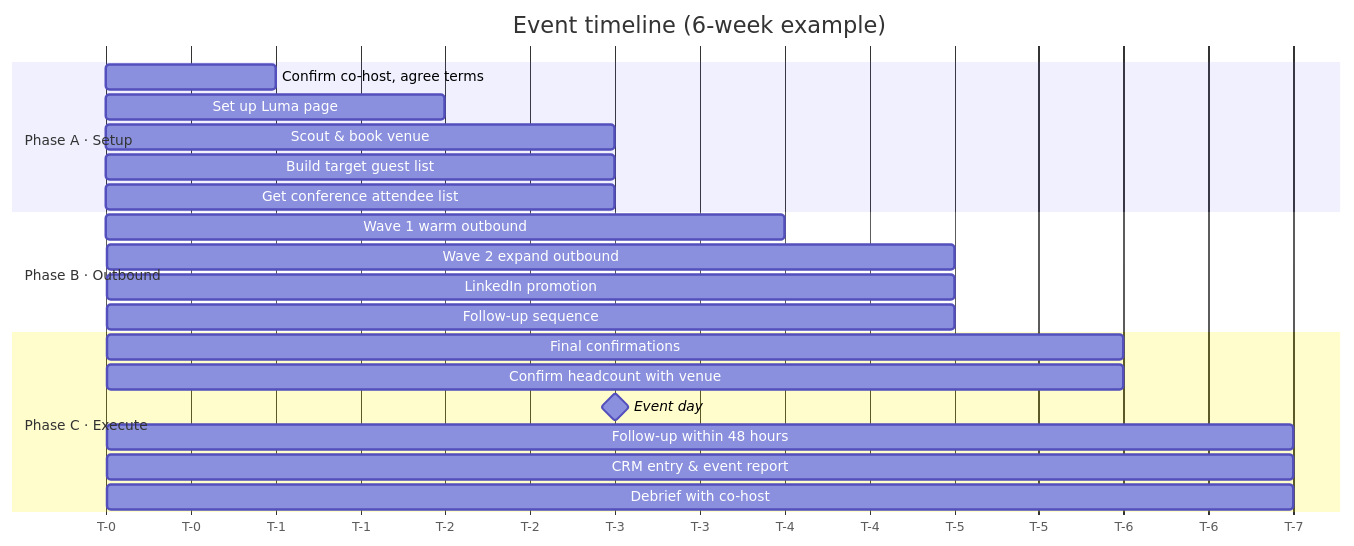
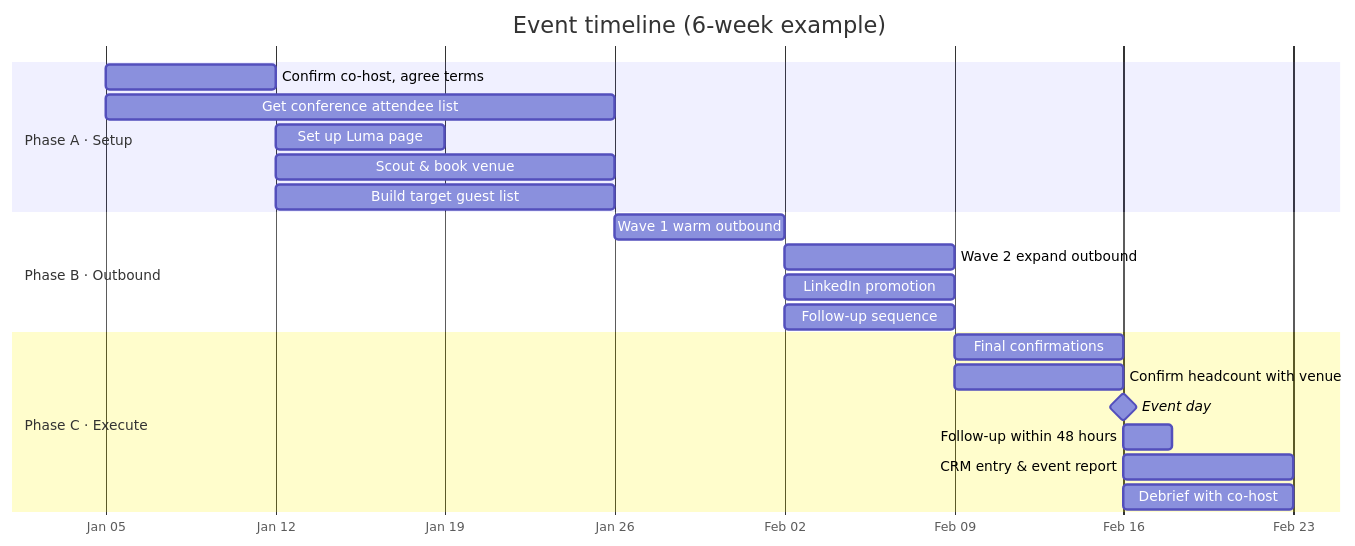
Before and after one commit to arnons1/great-event-planning-skill: the second of 3 diagrams in README.md, drawn with Mermaid.

Commit message:
improve gantt

````diff
--- a/README.md
+++ b/README.md
@@ -85,27 +85,29 @@
 ```mermaid
 gantt
     title Event timeline (6-week example)
-    dateFormat  X
-    axisFormat  T-%s
+    dateFormat  YYYY-MM-DD
+    axisFormat  %b %d
+    tickInterval 1week
+    weekday monday
 
     section Phase A · Setup
-    Confirm co-host, agree terms           :a1, 0, 1
-    Set up Luma page                       :a2, 1, 2
-    Scout & book venue                     :a3, 1, 3
-    Build target guest list                :a4, 1, 3
-    Get conference attendee list           :a5, 0, 3
+    Confirm co-host, agree terms           :a1, 2026-01-05, 1w
+    Get conference attendee list           :a5, 2026-01-05, 3w
+    Set up Luma page                       :a2, 2026-01-12, 1w
+    Scout & book venue                     :a3, 2026-01-12, 2w
+    Build target guest list                :a4, 2026-01-12, 2w
 
     section Phase B · Outbound
-    Wave 1 warm outbound                   :b1, 3, 4
-    Wave 2 expand outbound                 :b2, 4, 5
-    LinkedIn promotion                     :b3, 4, 5
-    Follow-up sequence                     :b4, 4, 5
+    Wave 1 warm outbound                   :b1, 2026-01-26, 1w
+    Wave 2 expand outbound                 :b2, 2026-02-02, 1w
+    LinkedIn promotion                     :b3, 2026-02-02, 1w
+    Follow-up sequence                     :b4, 2026-02-02, 1w
 
     section Phase C · Execute
-    Final confirmations                    :c1, 5, 6
-    Confirm headcount with venue           :c2, 5, 6
-    Event day                              :milestone, c3, 6, 6
-    Follow-up within 48 hours              :c4, 6, 7
-    CRM entry & event report              :c5, 6, 7
-    Debrief with co-host                   :c6, 6, 7
+    Final confirmations                    :c1, 2026-02-09, 1w
+    Confirm headcount with venue           :c2, 2026-02-09, 1w
+    Event day                              :milestone, c3, 2026-02-16, 0d
+    Follow-up within 48 hours              :c4, 2026-02-16, 2d
+    CRM entry & event report               :c5, 2026-02-16, 1w
+    Debrief with co-host                   :c6, 2026-02-16, 1w
 ```
````
